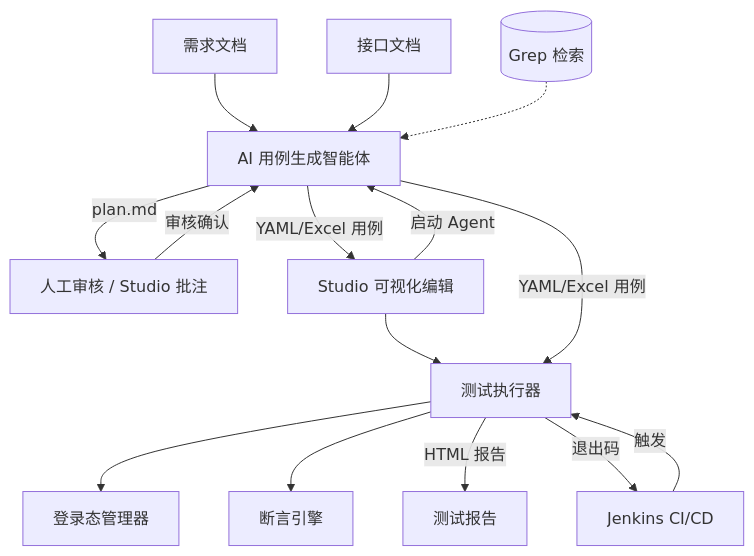
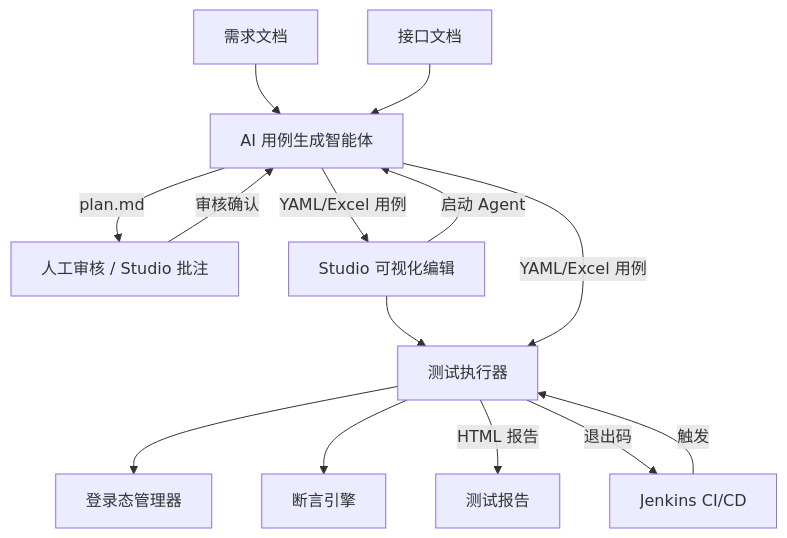
One commit to Remon-16/flow-forge changed the diagram in README.md. Above: the diagram before and after it, drawn with Mermaid. The commit also changed 28 other files, not shown here.

````diff
--- a/README.md
+++ b/README.md
@@ -20,17 +20,16 @@
 ```mermaid
 graph TD
     REQ[需求文档] --> AGENT[AI 用例生成智能体]
     API[接口文档] --> AGENT
-    KB[(Grep 检索)] -.-> AGENT
     AGENT --> |plan.md| REVIEW[人工审核 / Studio 批注]
     REVIEW --> |审核确认| AGENT
     STUDIO --> |启动 Agent| AGENT
     AGENT --> |YAML/Excel 用例| STUDIO[Studio 可视化编辑]
     STUDIO --> EXEC[测试执行器]
     AGENT --> |YAML/Excel 用例| EXEC
     EXEC --> LM[登录态管理器]
     EXEC --> AE[断言引擎]
     EXEC --> |HTML 报告| REPORT[测试报告]
     JENKINS[Jenkins CI/CD] --> |触发| EXEC
     EXEC --> |退出码| JENKINS
 ```
````
